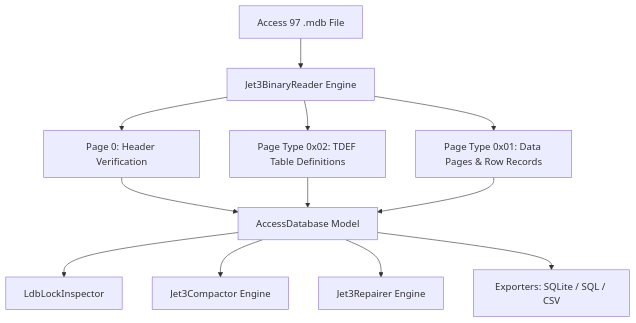
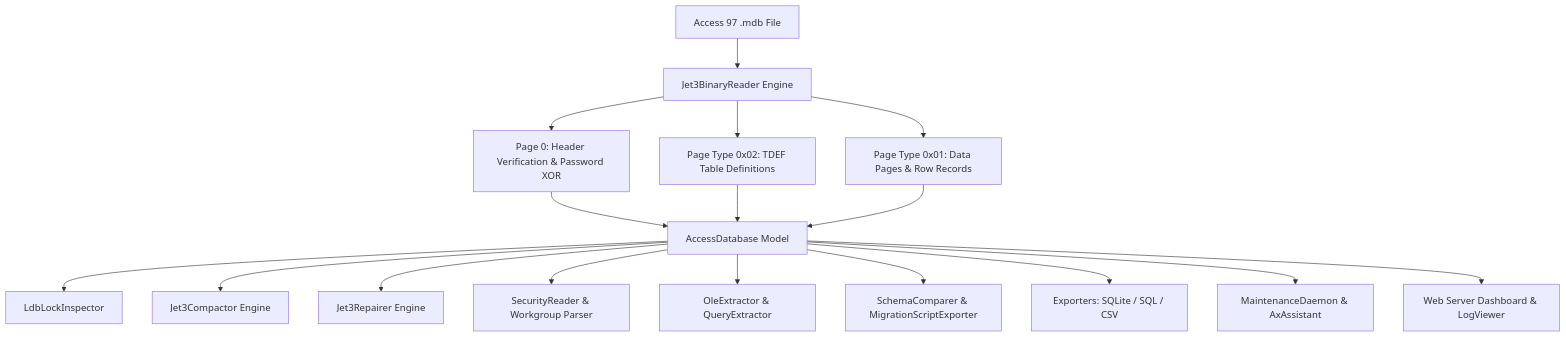
The diagram in docs/01-introduction-and-architecture.md (hoangtran1411/access-utility), drawn with Mermaid before and after one commit. The commit also changed other lines of this file and 8 other files, not shown here.

````diff
--- a/docs/01-introduction-and-architecture.md
+++ b/docs/01-introduction-and-architecture.md
@@ -20,14 +20,19 @@
 ```mermaid
 graph TD
     A[Access 97 .mdb File] --> B[Jet3BinaryReader Engine]
-    B --> C[Page 0: Header Verification]
+    B --> C[Page 0: Header Verification & Password XOR]
     B --> D[Page Type 0x02: TDEF Table Definitions]
     B --> E[Page Type 0x01: Data Pages & Row Records]
     
     C & D & E --> F[AccessDatabase Model]
     
     F --> G[LdbLockInspector]
     F --> H[Jet3Compactor Engine]
     F --> I[Jet3Repairer Engine]
-    F --> J[Exporters: SQLite / SQL / CSV]
+    F --> J[SecurityReader & Workgroup Parser]
+    F --> K[OleExtractor & QueryExtractor]
+    F --> L[SchemaComparer & MigrationScriptExporter]
+    F --> M[Exporters: SQLite / SQL / CSV]
+    F --> N[MaintenanceDaemon & AxAssistant]
+    F --> O[Web Server Dashboard & LogViewer]
 ```
````
